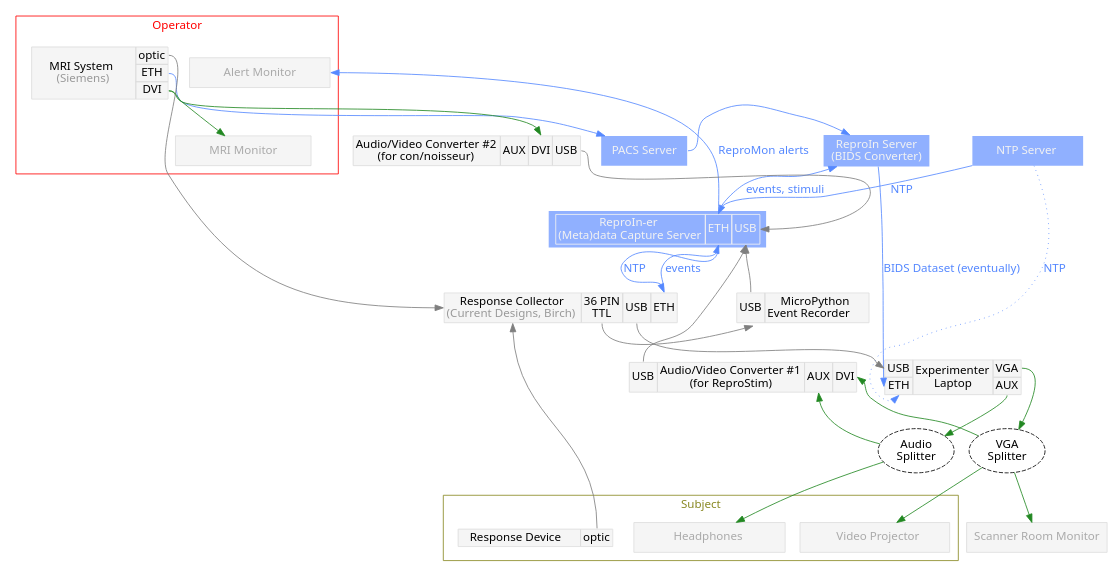
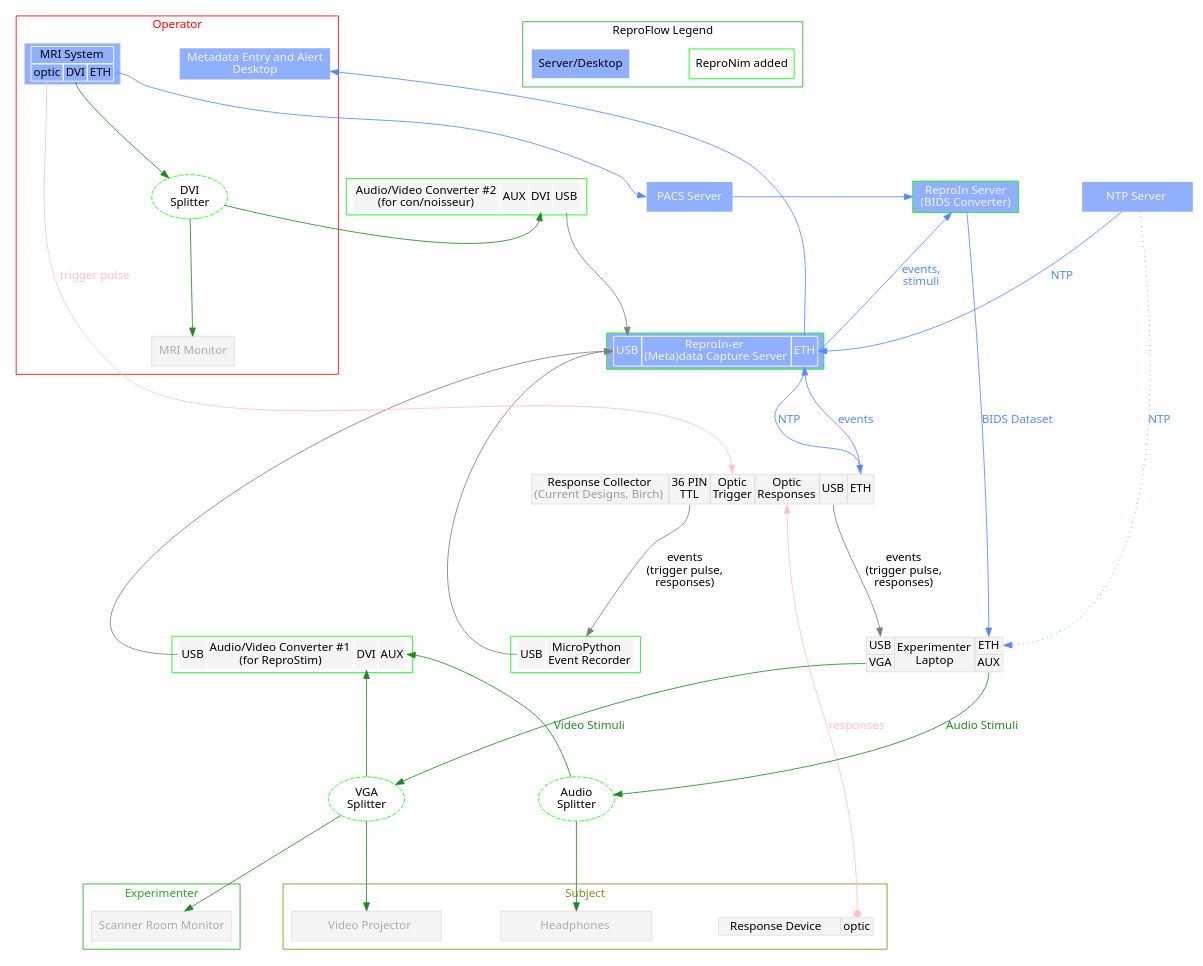
Before and after one commit to ReproNim/reprostim: the diagram in docs/environment.dot, drawn with Graphviz. The commit also changed 2 other files, not shown here.

Commit message:
"Final" version of the schematic for ReproFlow

```diff
--- a/docs/environment.dot
+++ b/docs/environment.dot
@@ -1,51 +1,58 @@
 digraph graphname {
     //newrank=true;
-//    size="14,8";
-    graph [fontname = "sans", margin=0, splines=spline];
+    //    size="14,8";
+    graph [
+           fontname = "sans", margin=0, splines=spline,
+           // pad="1",
+           nodesep="1",
+           ranksep="1.5"
+           ];
     rankdir="TB";
     node [fontname = "sans", style=filled];
     edge [fontname = "sans", color=gray50];
     ntp[label="      NTP Server      ", shape=none, fillcolor="#90B0FF", color=none, fontcolor=gray95]
+
+    // mag for "magewell"
     mag1[
-        label =<<TABLE BORDER="0" CELLBORDER="1" CELLSPACING="0" BGCOLOR="grey96">
+        label =<<TABLE BORDER="0" CELLBORDER="1" CELLSPACING="0" BGCOLOR="grey96" COLOR="white">
                 <TR>
                     <TD PORT="usb">USB</TD>
- 				    <TD PORT="a">Audio/Video Converter #1<br/>(for ReproStim)</TD>
-					<TD PORT="aux">AUX</TD>
+                    <TD PORT="a">Audio/Video Converter #1<br/>(for ReproStim)</TD>
                     <TD PORT="dvi">DVI</TD>
-                </TR>
+                    <TD PORT="aux">AUX</TD>
+                 </TR>
             </TABLE>>
-            fillcolor=none;
-            shape=none;
-            color="#DDDDDD",
+            fillcolor="white";
+            shape=box;
+            color="#00FF00",
     ];
     eve[
-        label =<<TABLE BORDER="0" CELLBORDER="1" CELLSPACING="0" BGCOLOR="grey96">
+        label =<<TABLE BORDER="0" CELLBORDER="1" CELLSPACING="0" BGCOLOR="grey96" COLOR="white">
                 <TR>
                     <TD PORT="usb">USB</TD>
-					<TD> MicroPython<br/>Event Recorder     </TD>
+                    <TD> MicroPython <br/>Event Recorder</TD>
                 </TR>
-            </TABLE>>
-            fillcolor=none;
-            shape=none;
-            color="#DDDDDD",
+            </TABLE>>;
+            fillcolor="white";
+            shape=box;
+            color="#00FF00",
     ];
     dat[label="Data Capture Server", shape=none, fillcolor="#90B0FF", color=none, fontcolor=gray95];
     dat[
-        label =<<TABLE BORDER="0" CELLBORDER="1" CELLSPACING="0">
+        label =<<TABLE BORDER="0" CELLBORDER="1" CELLSPACING="0" COLOR="white">
                 <TR>
+                    <TD PORT="usb">USB</TD>
                     <TD PORT="a"> ReproIn-er<BR/>(Meta)data Capture Server</TD>
                     <TD PORT="eth">ETH</TD>
-					<TD PORT="usb">USB</TD>
                 </TR>
-            </TABLE>>
+            </TABLE>>;
             fillcolor="#90B0FF";
-            shape=none;
-            color=gray95,
+            shape=box;
+            color="#00FF00",
     ];
 
-	// shape=box, color="#BBBBBB", fillcolor=grey93];
-	pac[label=" PACS Server ", shape=none, fillcolor="#90B0FF", color=none, fontcolor=gray95];
+    // shape=box, color="#BBBBBB", fillcolor=grey93];
+    pac[label=" PACS Server ", shape=none, fillcolor="#90B0FF", color=none, fontcolor=gray95];
 //    pac[
 //        label =<<TABLE BORDER="0" CELLBORDER="1" CELLSPACING="0" BGCOLOR="grey96">
 //                <TR>
@@ -53,35 +60,39 @@
 //                    <TD PORT="eth">ETH</TD>
 //                </TR>
 //            </TABLE>>
-//            fillcolor=none;
+//            fillcolor="white";
 //            shape=none;
 //            color="#DDDDDD",
 //    ];
-    bid[label="ReproIn Server\n(BIDS Converter)", shape=none, fillcolor="#90B0FF", color=none, fontcolor=gray95];
-		// shape=box, color="#BBBBBB", fillcolor=grey93];
+    bid[label="ReproIn Server\n(BIDS Converter)", shape=box, fillcolor="#90B0FF", color="#00FF00", fontcolor=gray95];
+        // shape=box, color="#BBBBBB", fillcolor=grey93];
     mag2[
-        label =<<TABLE BORDER="0" CELLBORDER="1" CELLSPACING="0" BGCOLOR="grey96">
+        label =<<TABLE BORDER="0" CELLBORDER="1" CELLSPACING="0" BGCOLOR="grey96" COLOR="white">
                 <TR>
                     <TD PORT="a">Audio/Video Converter #2<br/>(for con/noisseur)</TD>
                     <TD PORT="aux">AUX</TD>
                     <TD PORT="dvi">DVI</TD>
-                    <TD PORT="usb">USB</TD>
-                </TR>
+                    <TD PORT="usb">USB</TD> // swap of usb and dvi leads to jump
+
+                    </TR>
+                    
             </TABLE>>
-            fillcolor=none;
-            shape=none;
-            color="#DDDDDD",
+            fillcolor="white";
+            shape=box;
+            color="#00FF00",
     ];
     rec[
         label =<<TABLE BORDER="0" CELLBORDER="1" CELLSPACING="0" BGCOLOR="grey96">
                 <TR>
                     <TD PORT="a">Response Collector<BR/><FONT COLOR="#999999">(Current Designs, Birch)</FONT></TD>
                     <TD PORT="ttl">36 PIN<BR/>TTL</TD>
-					<TD PORT="usb">USB</TD>
-					<TD PORT="eth">ETH</TD>
+                    <TD PORT="optictrig">Optic<BR/>Trigger</TD>
+                    <TD PORT="opticresp">Optic<BR/>Responses</TD>
+                    <TD PORT="usb">USB</TD>
+                    <TD PORT="eth">ETH</TD>
                 </TR>
-            </TABLE>>
-            fillcolor=none;
+            </TABLE>>;
+            fillcolor="white";
             shape=none;
             color="#DDDDDD",
     ];
@@ -91,26 +102,24 @@
         color=red;
         margin=10;
 
-        mrm[label="         MRI Monitor        ", shape=box, color="#DDDDDD", fillcolor=grey96, fontcolor="#AAAAAA"];
+        mrm[label="MRI Monitor", shape=box, color="#DDDDDD", fillcolor=grey96, fontcolor="#AAAAAA"];
+
         mri[
-            label =<<TABLE BORDER="0" CELLBORDER="1" CELLSPACING="0" BGCOLOR="grey96">
-                    <TR><TD ROWSPAN="4">      MRI System     <BR/><FONT COLOR="#999999">(Siemens)</FONT></TD></TR>
-                    <TR>
-                        <TD PORT="optic">optic</TD>
-                    </TR>
-                    <TR>
-                        <TD PORT="eth">ETH</TD>
-                    </TR>
-					<TR>
-                        <TD PORT="dvi">DVI</TD>
-                    </TR>
-					</TABLE>>
-                fillcolor=none,
-                shape=none,
-                color="#DDDDDD",
+            label=<<TABLE BORDER="0" CELLBORDER="1" CELLSPACING="0" COLOR="white">
+            <TR><TD COLSPAN="3">MRI System</TD></TR>
+            <TR>
+            <TD PORT="optic">optic</TD>
+            <TD PORT="dvi">DVI</TD>
+            <TD PORT="eth">ETH</TD>
+            </TR>
+            </TABLE>>;
+            fillcolor="#90B0FF";
+            shape=box;
+            color="#DDDDDD";
         ];
-        ale[label="         Alert Monitor        ", shape=box, color="#DDDDDD", fillcolor=grey96, fontcolor="#AAAAAA"];
-    }
+        ale[label="Metadata Entry and Alert\nDesktop", shape=none, fillcolor="#90B0FF", color=none, fontcolor=gray95];
+        dvisplit[label="DVI\nSplitter", shape=oval, style=dashed, color="#00FF00"];
+}
 
     subgraph cluster_subject {
         label="Subject";
@@ -127,13 +136,13 @@
                         <TD PORT="optic">optic</TD>
                     </TR>
                 </TABLE>>
-                fillcolor=none;
+                fillcolor="white";
                 shape=none;
                 color="#DDDDDD",
         ];
     }
 
-	subgraph cluster_experimenter {
+    subgraph cluster_experimenter {
         label="Experimenter";
         fontcolor="#22AA22";
         color="#22AA22";
@@ -143,67 +152,81 @@
             label =<<TABLE BORDER="0" CELLBORDER="1" CELLSPACING="0" BGCOLOR="grey96">
             <TR>
               <TD PORT="usb">USB</TD>
-			  <TD ROWSPAN="2">Experimenter<br/>Laptop</TD>
+              <TD ROWSPAN="2">Experimenter<br/>Laptop</TD>
+              <TD PORT="eth">ETH</TD>
+          </TR>
+            <TR>
               <TD PORT="vga">VGA</TD>
- 		    </TR>
-			<TR>
-              <TD PORT="eth">ETH</TD>
               <TD PORT="aux">AUX</TD>
               </TR>
-			  </TABLE>>
-                fillcolor=none;
+              </TABLE>>
+                fillcolor="white";
                 shape=none;
                 color="#DDDDDD",
         ];
-	}
 
-	srm[label="Scanner Room Monitor", shape=box, color="#DDDDDD", fillcolor=grey96, fontcolor="#AAAAAA"];
+    srm[label="Scanner Room Monitor", shape=box, color="#DDDDDD", fillcolor=grey96, fontcolor="#AAAAAA"];
 
-	vgasplit[label="VGA\nSplitter", shape=oval, style=dashed];
-	auxsplit[label="Audio\nSplitter", shape=oval, style=dashed];
+   }
 
-    mri:dvi -> mrm[//constraint=false,
-				   color="#228822"];
 
-	per:vga -> vgasplit[color="#228822", weight=15];
-	vgasplit -> srm[color="#228822"];
+    subgraph cluster_legend {
+        label="ReproFlow Legend";
+        fontcolor="black";
+        color="#22AA22";
+        margin=10;
+
+        reproadd[label="ReproNim added", shape=box, color="#00FF00", fillcolor=white];
+        server[label="Server/Desktop", shape=box, color="white", fillcolor="#90B0FF"];
+
+    }
+
+    vgasplit[label="VGA\nSplitter", shape=oval, style=dashed, color="#00FF00"];
+    auxsplit[label="Audio\nSplitter", shape=oval, style=dashed, color="#00FF00"];
+
+    mri:dvi -> dvisplit[color="#228822"];
+    dvisplit -> mrm[//constraint=false,
+                   color="#228822"];
+    dvisplit -> mag2:dvi[color="#228822"];
+
+    per:vga -> vgasplit[label="Video Stimuli", color="#228822", fontcolor="#228822"];
+    vgasplit -> srm[color="#228822"];
     vgasplit -> vid[color="#228822"];
     vgasplit -> mag1:dvi[color="#228822",
-					 ];
+                     ];
 
-	per:aux -> auxsplit[color="#228822", weight=15];
+    per:aux -> auxsplit[label="Audio Stimuli", color="#228822", fontcolor="#228822"];
     auxsplit -> hea[color="#228822"];
     auxsplit -> mag1:aux[color="#228822"];
 
-	rec:usb -> per:usb;
-	dat:eth -> rec:eth[label="NTP", color="#5588FF", fontcolor="#5588FF"];
-	rec:eth -> dat:eth[label="events", color="#5588FF", fontcolor="#5588FF"];
-    mri:optic -> rec:a;
-    res:optic -> rec:a;
-    rec:ttl -> eve;
+    rec:usb -> per:usb[label="events\n(trigger pulse,\nresponses)"];
+    dat:eth -> rec:eth[label="NTP", color="#5588FF", fontcolor="#5588FF"];
+    rec:eth -> dat:eth[label="events", color="#5588FF", fontcolor="#5588FF"];
+    mri:optic -> rec:optictrig[label="trigger pulse" color="#FFC1C3" fontcolor="#FFC1C3"];
+    res:optic -> rec:opticresp[label="responses" color="#FFC1C3" fontcolor="#FFC1C3" dir=both, arrowtail=dot];
+    rec:ttl -> eve[label="events\n(trigger pulse,\nresponses)"];
     eve:usb -> dat:usb;
-    mri:dvi -> mag2:dvi[color="#228822"];
-    mri:eth -> pac[color="#5588FF", fontcolor="#5588FF"];
-    pac:e -> bid[color="#5588FF", fontcolor="#5588FF"];
-    dat:eth -> bid[label="events, stimuli", color="#5588FF", fontcolor="#5588FF"];
+    mri:eth -> pac:w[color="#5588FF", fontcolor="#5588FF"];
+    pac:e -> bid:w[color="#5588FF", fontcolor="#5588FF"];
+    dat:eth -> bid[label="events,\nstimuli", color="#5588FF", fontcolor="#5588FF"];
     mag2:usb -> dat:usb;
     ntp -> dat:eth[label="NTP",
-			   color="#5588FF", fontcolor="#5588FF"];
-    mag1:usb -> dat:usb:s;
-    dat:eth -> ale:e[label="ReproMon alerts",
-				   color="#5588FF", fontcolor="#5588FF"];
-	bid -> per:eth[label="BIDS Dataset (eventually)", color="#5588FF", fontcolor="#5588FF"];
-	ntp -> per:eth[label="NTP",
-			   color="#5588FF", fontcolor="#5588FF", style="dotted"];
+               color="#5588FF", fontcolor="#5588FF"];
+    mag1:usb -> dat:usb;
+    dat:eth -> ale[//label="ReproMon alerts",
+                   color="#5588FF", fontcolor="#5588FF"];
+    bid -> per:eth[label="BIDS Dataset", color="#5588FF", fontcolor="#5588FF"];
+    ntp -> per:eth[label="NTP",
+               color="#5588FF", fontcolor="#5588FF", style="dotted"];
     //{ rank=same; op1; op2; }
 //    { rank=same; mag1; rec; mag2; pac; eve}
     //{ rank=same; mag1; rec; mag2; pac; vid; hea; res }
     //{ rank=same; mag1; rec; mag2; pac; hea; vid; res}
     //{ rank=same; mri; pac; }
-	//    { rank=same; ntp; dat; bid; }
-	{ rank=same; pac; ntp; bid; }
-	{ rank=same; eve; rec; }
-	{ rank=same; mag1; per; }  // laptop and recording nearby
+    //    { rank=same; ntp; dat; bid; }
+    { rank=same; pac; ntp; bid; }
+//    { rank=same; eve; rec; }
+    { rank=same; mag1; per; }  // laptop and recording nearby
     //{ rank=same; dvi; aux; vga; }
     //{ rank=same; per; mri; mrm; vid; hea; res; }
     //{ rank=same; cluster_subject; cluster_operator; }
```
